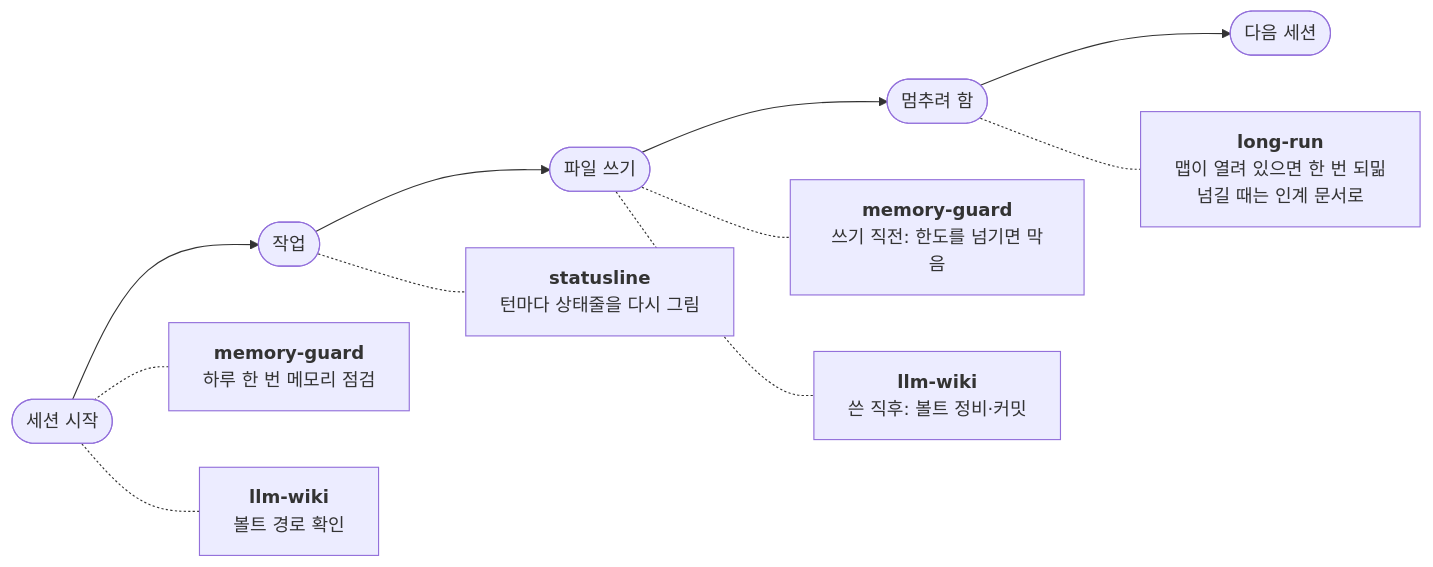
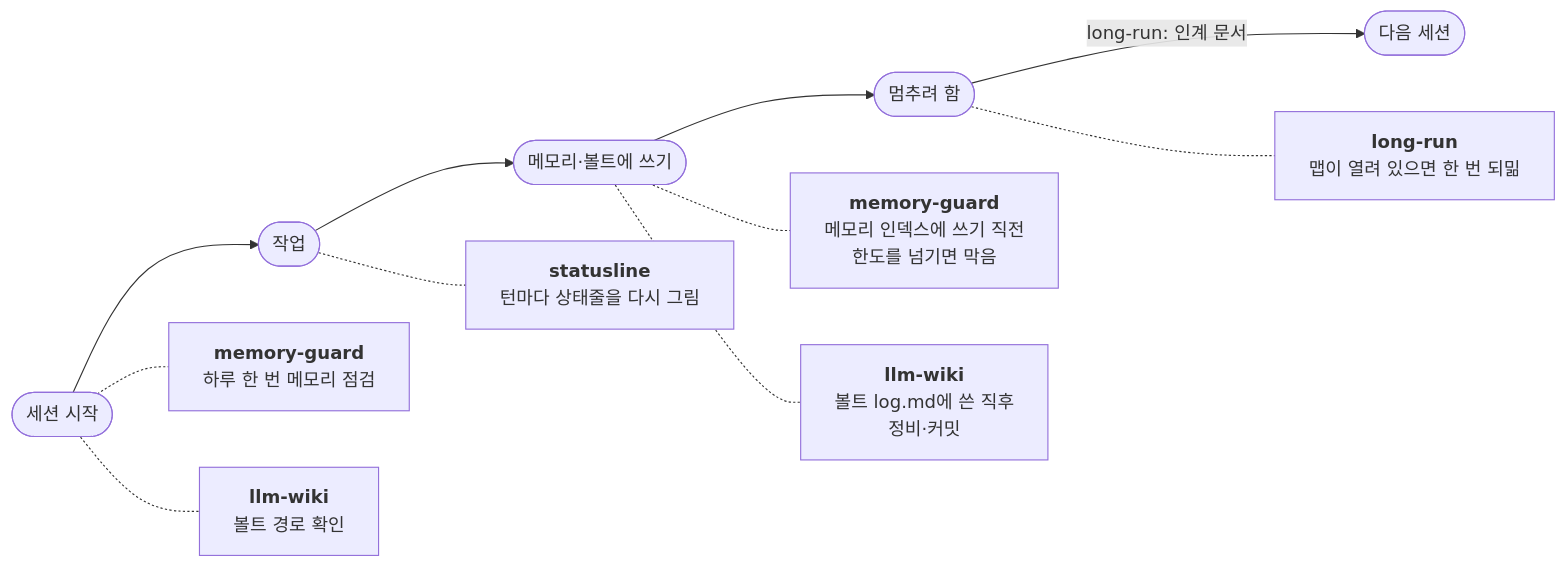
One commit to aydenden/cc-plugins changed the diagram in README.md. Above: the diagram before and after it, drawn with Mermaid. The commit also changed other lines of this file, not shown here.

````diff
--- a/README.md
+++ b/README.md
@@ -51,11 +48,12 @@
 ```mermaid
 flowchart LR
-  S(["세션 시작"]) --> W(["작업"]) --> F(["파일 쓰기"]) --> P(["멈추려 함"]) --> N(["다음 세션"])
+  S(["세션 시작"]) --> W(["작업"]) --> F(["메모리·볼트에 쓰기"]) --> P(["멈추려 함"])
+  P -- "long-run: 인계 문서" --> N(["다음 세션"])
 
   S -.- S1["<b>memory-guard</b><br/>하루 한 번 메모리 점검"]
   S -.- S2["<b>llm-wiki</b><br/>볼트 경로 확인"]
   W -.- W1["<b>statusline</b><br/>턴마다 상태줄을 다시 그림"]
-  F -.- F1["<b>memory-guard</b><br/>쓰기 직전: 한도를 넘기면 막음"]
-  F -.- F2["<b>llm-wiki</b><br/>쓴 직후: 볼트 정비·커밋"]
-  P -.- P1["<b>long-run</b><br/>맵이 열려 있으면 한 번 되밂<br/>넘길 때는 인계 문서로"]
+  F -.- F1["<b>memory-guard</b><br/>메모리 인덱스에 쓰기 직전<br/>한도를 넘기면 막음"]
+  F -.- F2["<b>llm-wiki</b><br/>볼트 log.md에 쓴 직후<br/>정비·커밋"]
+  P -.- P1["<b>long-run</b><br/>맵이 열려 있으면 한 번 되밂"]
 ```
````
